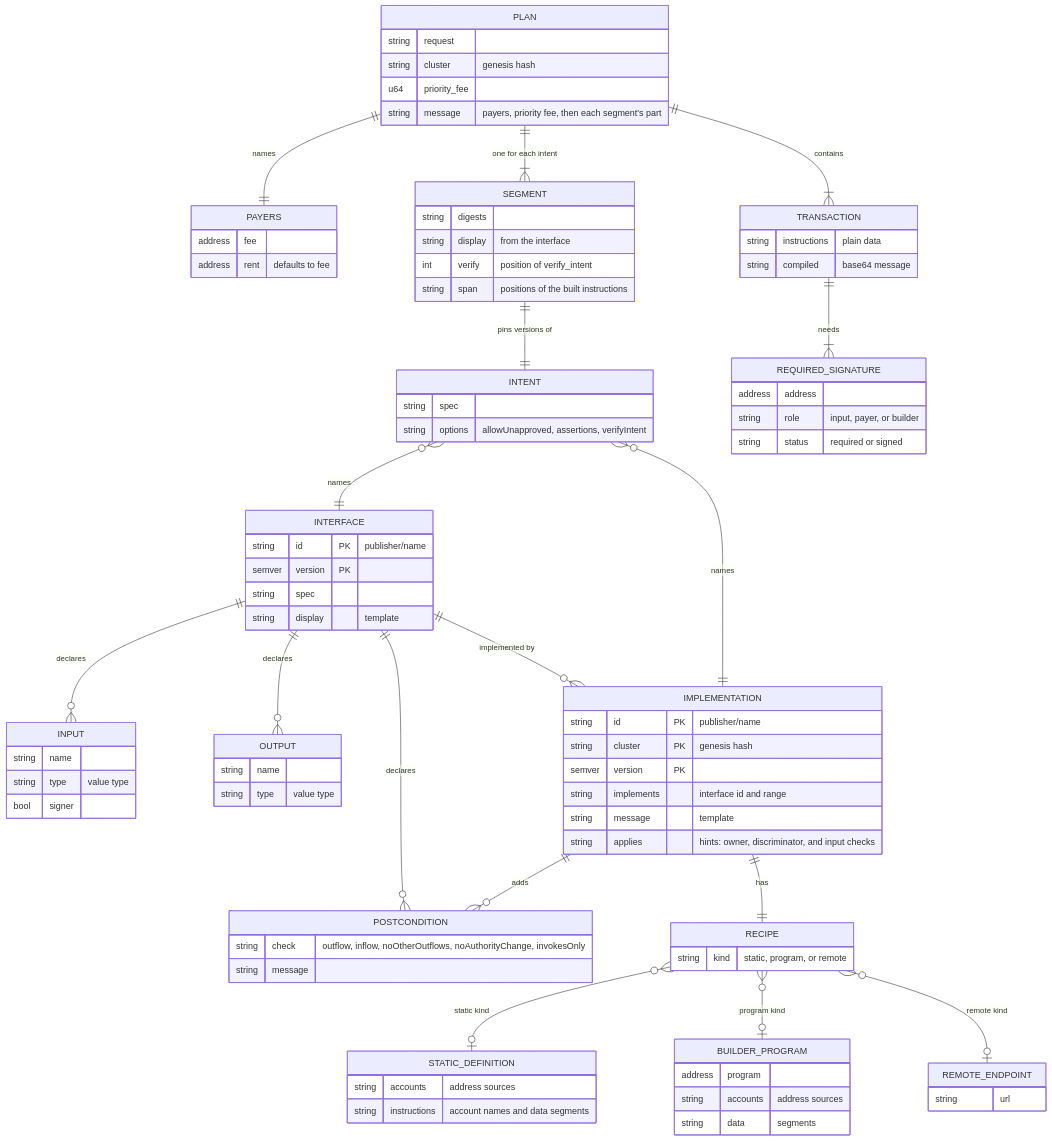
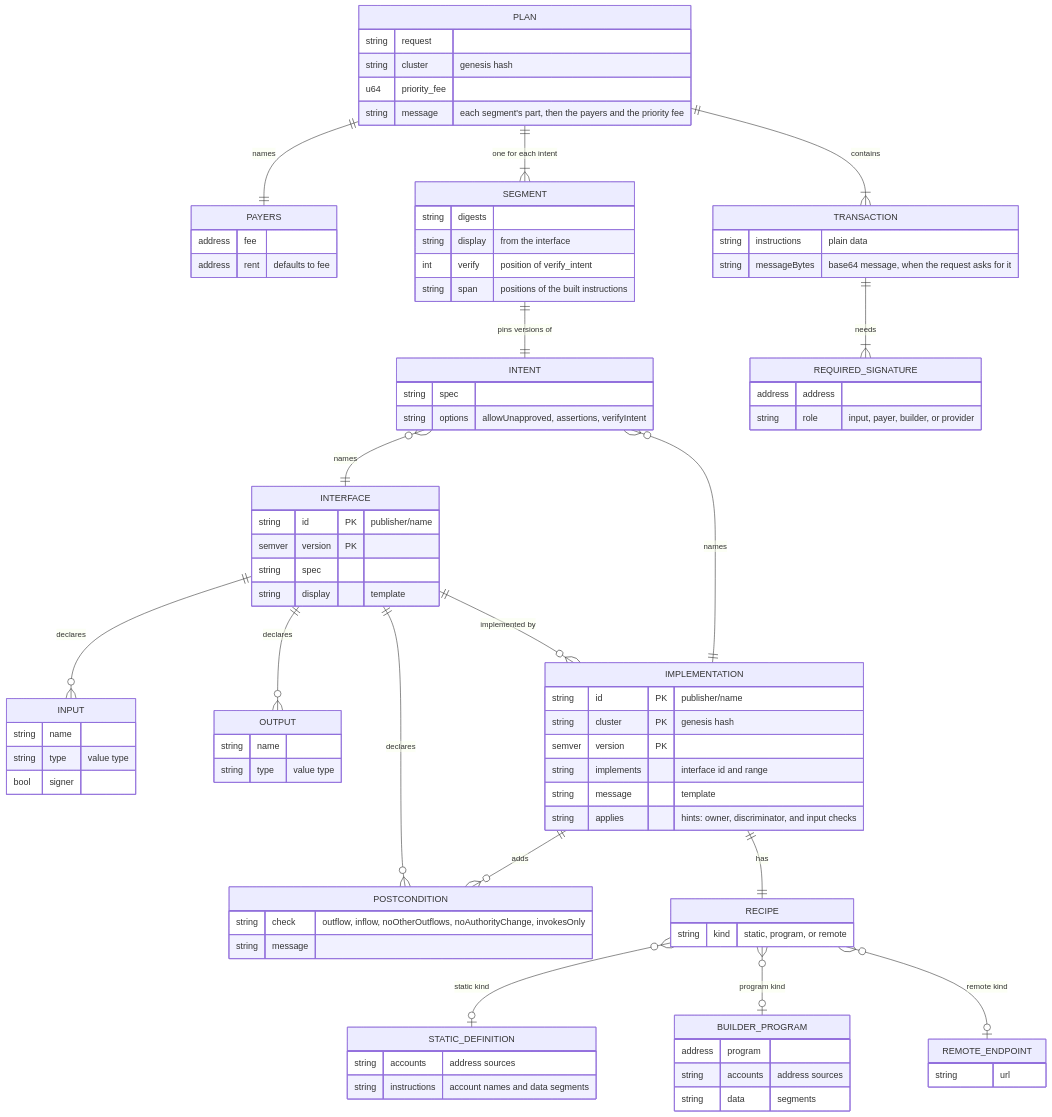
One commit to solana-foundation/solana-developer-platform changed the first of 2 diagrams in packages/sdp-intents/DESIGN.md. Above: the diagram before and after it, drawn with Mermaid. The commit also changed other lines of this file and 40 other files, not shown here.

````diff
--- a/packages/sdp-intents/DESIGN.md
+++ b/packages/sdp-intents/DESIGN.md
@@ -423,7 +438,7 @@
     string request
     string cluster "genesis hash"
     u64 priority_fee
-    string message "payers, priority fee, then each segment's part"
+    string message "each segment's part, then the payers and the priority fee"
   }
   SEGMENT {
     string digests
@@ -433,11 +448,10 @@
   }
   TRANSACTION {
     string instructions "plain data"
-    string compiled "base64 message"
+    string messageBytes "base64 message, when the request asks for it"
   }
   REQUIRED_SIGNATURE {
     address address
-    string role "input, payer, or builder"
-    string status "required or signed"
+    string role "input, payer, builder, or provider"
   }
 ```
````
